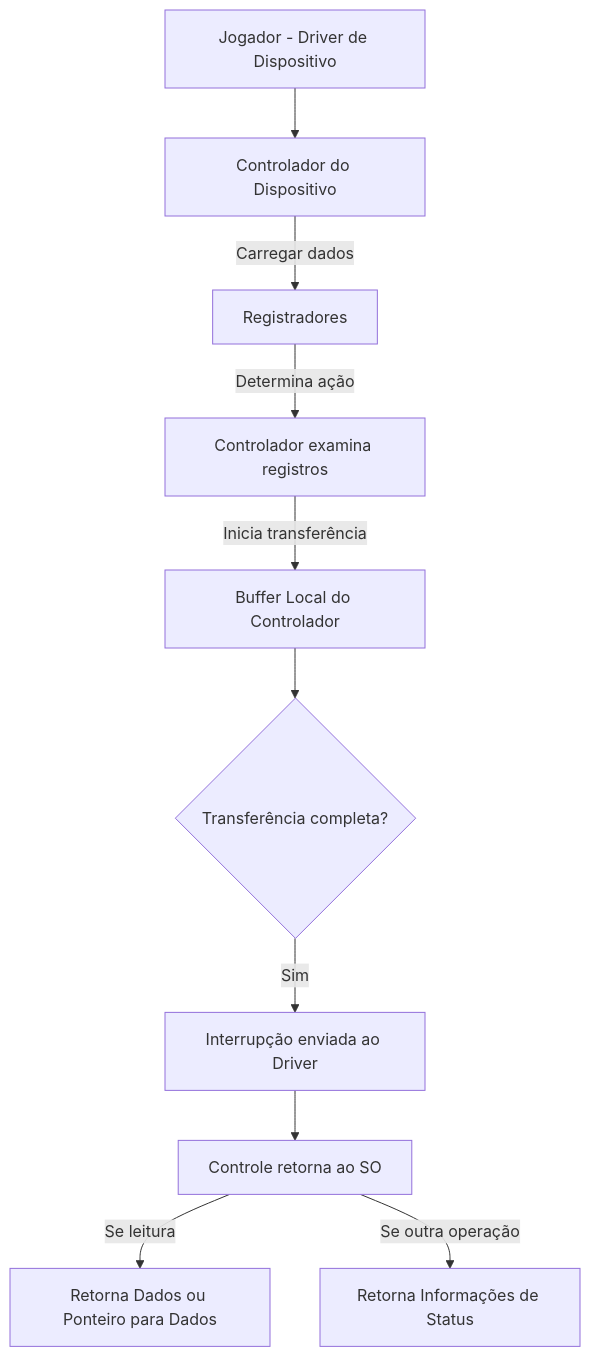
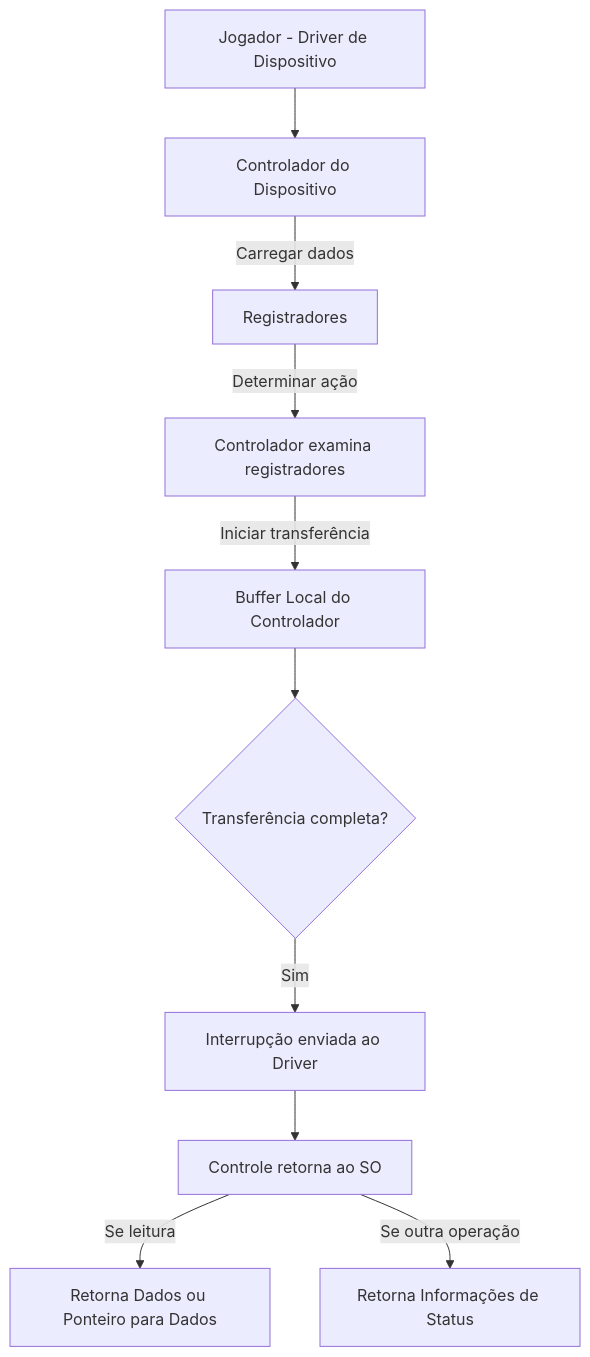
One commit to mrpunkdasilva/learn-computing changed the first of 3 diagrams in operating-systems/Writerside/topics/mod1/Capitulo-1/004 - Estrutura de IO.md. Above: the diagram before and after it, drawn with Mermaid. The commit also changed other lines of this file and 9 other files, not shown here.

````diff
--- a/operating-systems/Writerside/topics/mod1/Capitulo-1/004 - Estrutura de IO.md
+++ b/operating-systems/Writerside/topics/mod1/Capitulo-1/004 - Estrutura de IO.md
@@ -32,38 +36,38 @@
-``` mermaid
+```mermaid
 flowchart TD
 	A[Jogador - Driver de Dispositivo] --> B[Controlador do Dispositivo]
 	
 	B -->|Carregar dados| C[Registradores]
 	
-	C -->|Determina ação| D[Controlador examina registros]
+	C -->|Determinar ação| D[Controlador examina registradores]
 	
-	D -->|Inicia transferência| E[Buffer Local do Controlador]
+	D -->|Iniciar transferência| E[Buffer Local do Controlador]
 	
 	E --> F{Transferência completa?}
 	
 	F -->|Sim| G[Interrupção enviada ao Driver]
 	
 	G --> H[Controle retorna ao SO]
 	
 	H -->|Se leitura| I[Retorna Dados ou Ponteiro para Dados]
 	
 	H -->|Se outra operação| J[Retorna Informações de Status]
 	
 	  
 	
 	A:::minecraft
 	
 	B:::minecraft
 	
 	C:::minecraft
 	
 	D:::minecraft
 	
 	E:::minecraft
 	
 	G:::minecraft
 	
 	I:::minecraft
 	
 	J:::minecraft
 ```
````
